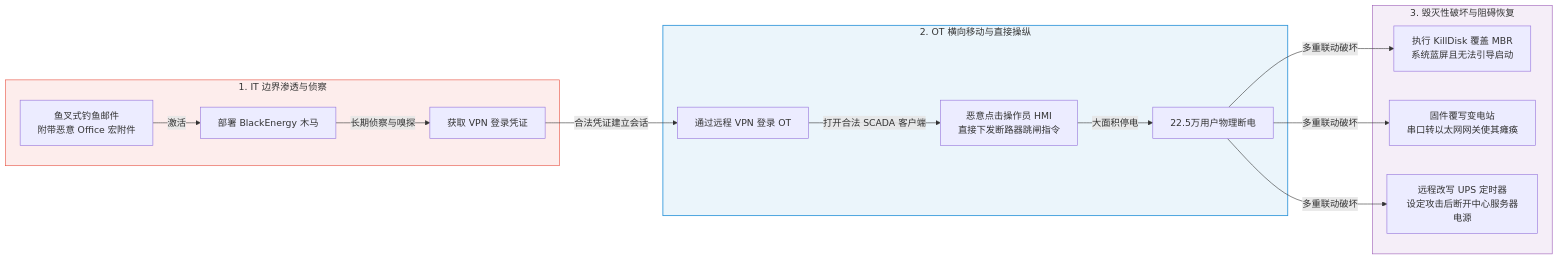
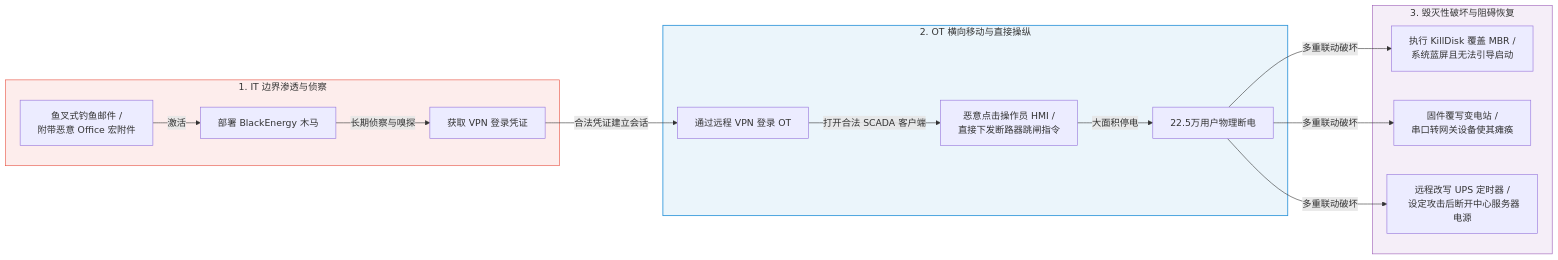
Before and after one commit to Bo331/power-data-breach-literature: the diagram in 05_正式资料原文/02_AI提取与汇编/03_乌克兰关键基础设施网络攻击_深度精读.md, drawn with Mermaid. The commit also changed 2 other files, not shown here.

Commit message:
style: apply padding and double-quotes to all Mermaid diagrams to prevent Chinese character clipping

````diff
--- a/05_正式资料原文/02_AI提取与汇编/03_乌克兰关键基础设施网络攻击_深度精读.md
+++ b/05_正式资料原文/02_AI提取与汇编/03_乌克兰关键基础设施网络攻击_深度精读.md
@@ -13,23 +13,23 @@
 ```mermaid
 graph LR
-    subgraph Phase1_IT [1. IT 边界渗透与侦察]
-        A[鱼叉式钓鱼邮件<br/>附带恶意 Office 宏附件] -->|激活| B[部署 BlackEnergy 木马]
-        B -->|长期侦察与嗅探| C[获取 VPN 登录凭证]
+    subgraph Phase1_IT [" 1. IT 边界渗透与侦察 "]
+        A[" 鱼叉式钓鱼邮件 /<br/> 附带恶意 Office 宏附件 "] -->|激活| B[" 部署 BlackEnergy 木马 "]
+        B -->|长期侦察与嗅探| C[" 获取 VPN 登录凭证 "]
     end
 
-    subgraph Phase2_OT [2. OT 横向移动与直接操纵]
-        C -->|合法凭证建立会话| D[通过远程 VPN 登录 OT]
-        D -->|打开合法 SCADA 客户端| E[恶意点击操作员 HMI<br/>直接下发断路器跳闸指令]
-        E -->|大面积停电| F[22.5万用户物理断电]
+    subgraph Phase2_OT [" 2. OT 横向移动与直接操纵 "]
+        C -->|合法凭证建立会话| D[" 通过远程 VPN 登录 OT "]
+        D -->|打开合法 SCADA 客户端| E[" 恶意点击操作员 HMI /<br/> 直接下发断路器跳闸指令 "]
+        E -->|大面积停电| F[" 22.5万用户物理断电 "]
     end
 
-    subgraph Phase3_Disrupt [3. 毁灭性破坏与阻碍恢复]
-        F -->|多重联动破坏| G1[执行 KillDisk 覆盖 MBR<br/>系统蓝屏且无法引导启动]
-        F -->|多重联动破坏| G2[固件覆写变电站<br/>串口转以太网网关使其瘫痪]
-        F -->|多重联动破坏| G3[远程改写 UPS 定时器<br/>设定攻击后断开中心服务器电源]
+    subgraph Phase3_Disrupt [" 3. 毁灭性破坏与阻碍恢复 "]
+        F -->|多重联动破坏| G1[" 执行 KillDisk 覆盖 MBR /<br/> 系统蓝屏且无法引导启动 "]
+        F -->|多重联动破坏| G2[" 固件覆写变电站 /<br/> 串口转网关设备使其瘫痪 "]
+        F -->|多重联动破坏| G3[" 远程改写 UPS 定时器 /<br/> 设定攻击后断开中心服务器电源 "]
     end
 
     style Phase1_IT fill:#fdedec,stroke:#e74c3c,stroke-width:1px
     style Phase2_OT fill:#ebf5fb,stroke:#3498db,stroke-width:1.5px
     style Phase3_Disrupt fill:#f5eef8,stroke:#9b59b6,stroke-width:1px
 ```
````
